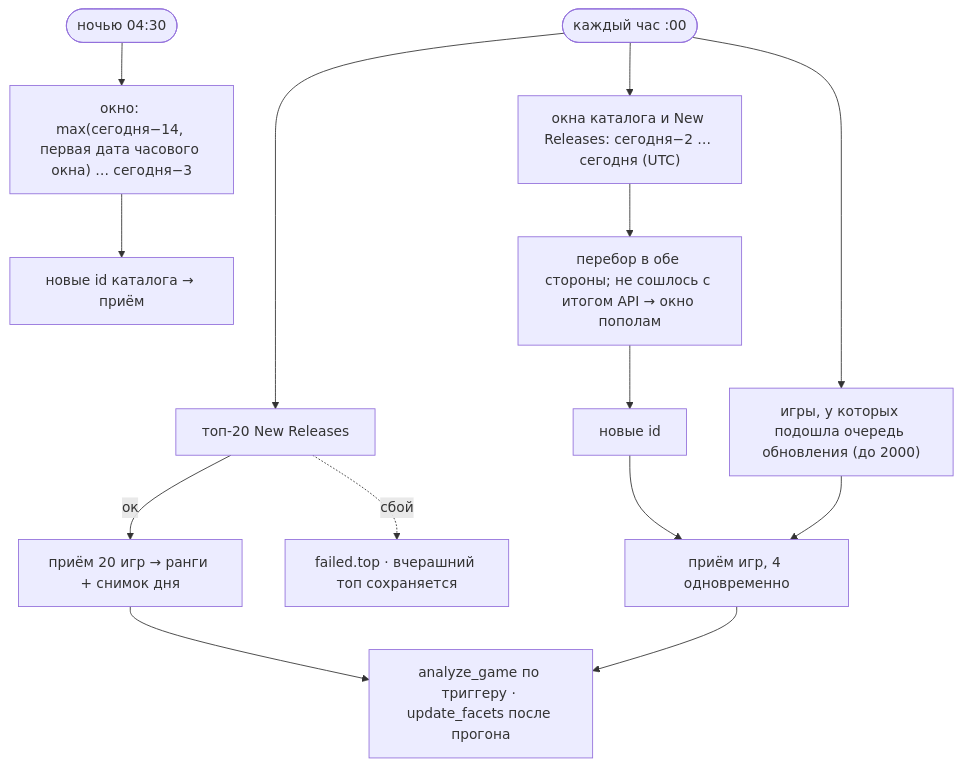
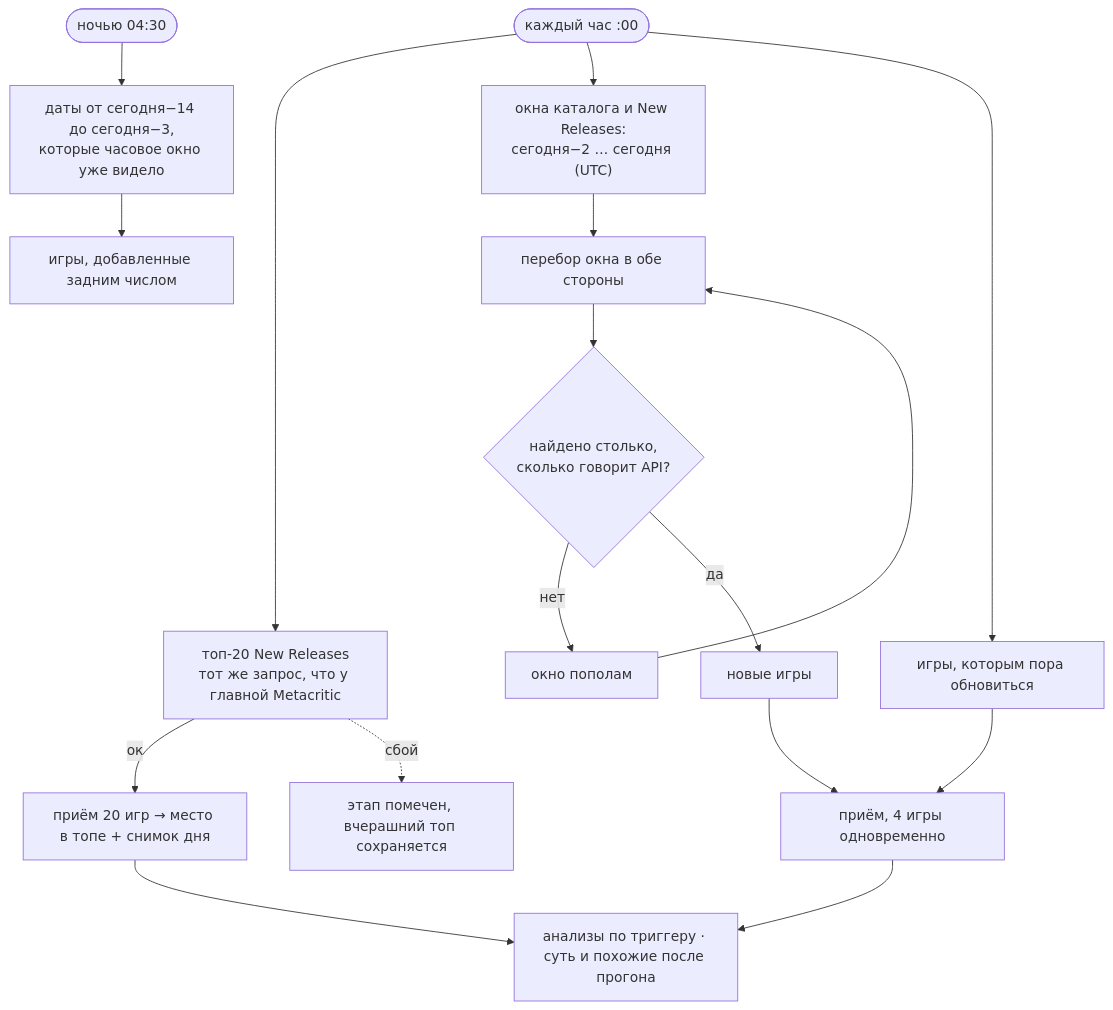
The second of 8 diagrams in README.md (Mr-Bill1999/game_crowler_service), drawn with Mermaid before and after one commit. The commit also changed other lines of this file and 2 other files, not shown here.

Commit message:
README: current architecture in detail; docs without work history

````diff
--- a/README.md
+++ b/README.md
@@ -289,13 +119,15 @@
 ```mermaid
 flowchart TD
-  S(["каждый час :00"]) --> T1["топ-20 New Releases"]
-  T1 -- "ок" --> T2["приём 20 игр → ранги + снимок дня"]
-  T1 -. "сбой" .-> T4["failed.top · вчерашний топ сохраняется"]
-  S --> D1["окна каталога и New Releases: сегодня−2 … сегодня (UTC)"]
-  D1 --> D2["перебор в обе стороны; не сошлось с итогом API → окно пополам"]
-  D2 --> D5["новые id"]
-  S --> R1["игры, у которых подошла очередь обновления (до 2000)"]
-  D5 & R1 --> I["приём игр, 4 одновременно"]
-  T2 & I --> E["analyze_game по триггеру · update_facets после прогона"]
-  N(["ночью 04:30"]) --> N1["окно: max(сегодня−14, первая дата часового окна) … сегодня−3"] --> N2["новые id каталога → приём"]
+  S(["каждый час :00"]) --> T1["топ-20 New Releases<br/>тот же запрос, что у главной Metacritic"]
+  T1 -- "ок" --> T2["приём 20 игр → место в топе + снимок дня"]
+  T1 -. "сбой" .-> T4["этап помечен, вчерашний топ сохраняется"]
+  S --> D1["окна каталога и New Releases:<br/>сегодня−2 … сегодня (UTC)"]
+  D1 --> D2["перебор окна в обе стороны"]
+  D2 --> D3{"найдено столько,<br/>сколько говорит API?"}
+  D3 -- "нет" --> D4["окно пополам"] --> D2
+  D3 -- "да" --> D5["новые игры"]
+  S --> R1["игры, которым пора обновиться"]
+  D5 & R1 --> I["приём, 4 игры одновременно"]
+  T2 & I --> E["анализы по триггеру · суть и похожие после прогона"]
+  N(["ночью 04:30"]) --> N1["даты от сегодня−14 до сегодня−3,<br/>которые часовое окно уже видело"] --> N2["игры, добавленные задним числом"]
 ```
````
